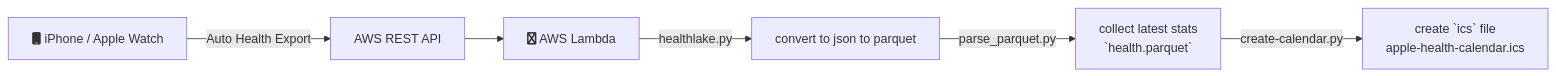
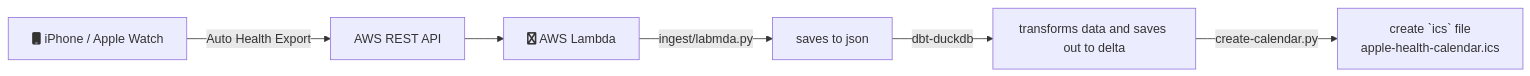
The first of 2 diagrams in README.md (namtonthat/apple-health-data), drawn with Mermaid before and after one commit. The commit also changed other lines of this file, not shown here.

````diff
--- a/README.md
+++ b/README.md
@@ -7,8 +7,8 @@
 ```mermaid
 graph LR
     A[fa:fa-mobile iPhone / Apple Watch] -->|Auto Health Export|B
     B[AWS REST API] --> C[fa:fa-aws AWS Lambda]
-    C -->|healthlake.py| D[convert to json to parquet]
-    D -->|parse_parquet.py| E[collect latest stats <br> `health.parquet`]
+    C -->|ingest/labmda.py| D[saves to json]
+    D -->|dbt-duckdb| E[transforms data and saves out to delta]
     E -->|create-calendar.py| F[create `ics` file <br> apple-health-calendar.ics]
 ```
````
